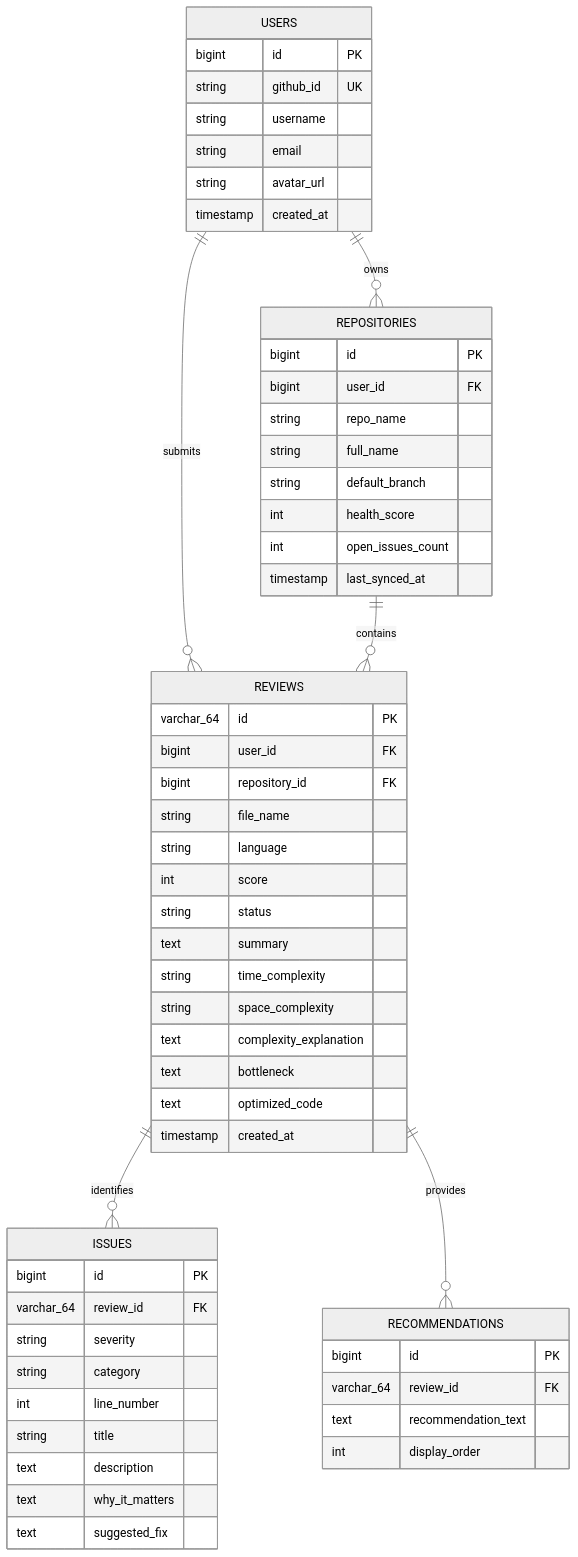
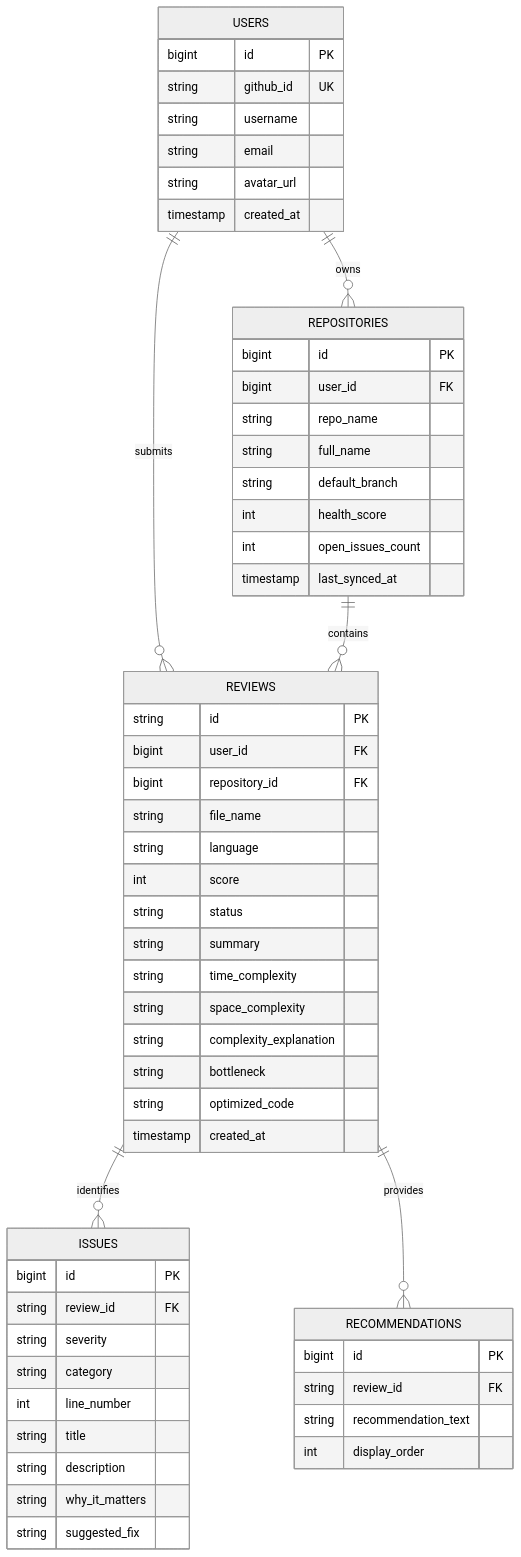
Before and after one commit to Raj-Panwar/AICode-Reviewer: the ninth of 11 diagrams in README.md, drawn with Mermaid (neutral theme). The commit also changed other lines of this file, not shown here.

First line of the commit message:
docs: update flowchart labels in README

````diff
--- a/README.md
+++ b/README.md
@@ -693,64 +693,64 @@
 ```mermaid
 erDiagram
     USERS ||--o{ REPOSITORIES : owns
     USERS ||--o{ REVIEWS : submits
     REPOSITORIES ||--o{ REVIEWS : contains
     REVIEWS ||--o{ ISSUES : identifies
     REVIEWS ||--o{ RECOMMENDATIONS : provides
 
     USERS {
         bigint id PK
         string github_id UK
         string username
         string email
         string avatar_url
         timestamp created_at
     }
 
     REPOSITORIES {
         bigint id PK
         bigint user_id FK
         string repo_name
         string full_name
         string default_branch
         int health_score
         int open_issues_count
         timestamp last_synced_at
     }
 
     REVIEWS {
-        varchar_64 id PK
+        string id PK
         bigint user_id FK
         bigint repository_id FK
         string file_name
         string language
         int score
         string status
-        text summary
+        string summary
         string time_complexity
         string space_complexity
-        text complexity_explanation
-        text bottleneck
-        text optimized_code
+        string complexity_explanation
+        string bottleneck
+        string optimized_code
         timestamp created_at
     }
 
     ISSUES {
         bigint id PK
-        varchar_64 review_id FK
+        string review_id FK
         string severity
         string category
         int line_number
         string title
-        text description
-        text why_it_matters
-        text suggested_fix
+        string description
+        string why_it_matters
+        string suggested_fix
     }
 
     RECOMMENDATIONS {
         bigint id PK
-        varchar_64 review_id FK
-        text recommendation_text
+        string review_id FK
+        string recommendation_text
         int display_order
     }
 ```
````
